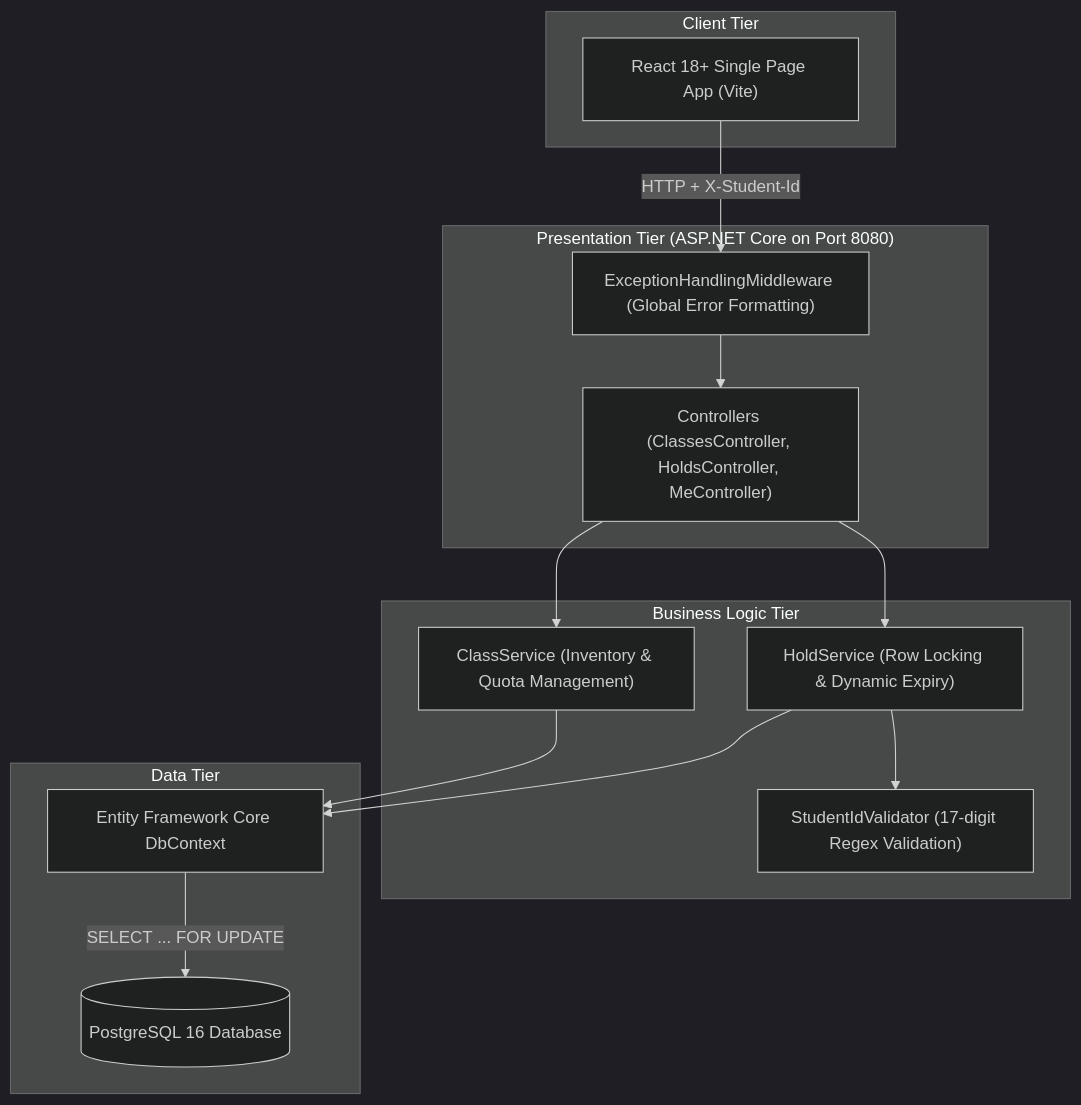
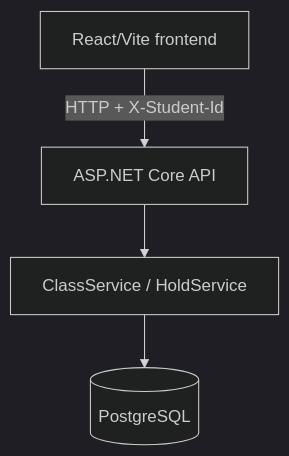
One commit to Murad134/School-Admission-System changed the diagram in README.md. Above: the diagram before and after it, drawn with Mermaid (dark theme). The commit also changed other lines of this file, not shown here.

````diff
--- a/README.md
+++ b/README.md
@@ -51,31 +36,11 @@
 ```mermaid
 flowchart TD
-    subgraph Client["Client Tier"]
-        Browser["React 18+ Single Page App (Vite)"]
-    end
+    Browser["React/Vite frontend"]
+    API["ASP.NET Core API"]
+    Services["ClassService / HoldService"]
+    Database[("PostgreSQL")]
 
-    subgraph API["Presentation Tier (ASP.NET Core on Port 8080)"]
-        Middleware["ExceptionHandlingMiddleware (Global Error Formatting)"]
-        Controllers["Controllers (ClassesController, HoldsController, MeController)"]
-    end
-
-    subgraph Business["Business Logic Tier"]
-        ClassService["ClassService (Inventory & Quota Management)"]
-        HoldService["HoldService (Row Locking & Dynamic Expiry)"]
-        Validator["StudentIdValidator (17-digit Regex Validation)"]
-    end
-
-    subgraph Data["Data Tier"]
-        EF["Entity Framework Core DbContext"]
-        Postgres[("PostgreSQL 16 Database")]
-    end
-
-    Browser -->|HTTP + X-Student-Id| Middleware
-    Middleware --> Controllers
-    Controllers --> ClassService
-    Controllers --> HoldService
-    HoldService --> Validator
-    ClassService --> EF
-    HoldService --> EF
-    EF -->|SELECT ... FOR UPDATE| Postgres
+    Browser -->|HTTP + X-Student-Id| API
+    API --> Services
+    Services --> Database
 ```
````
